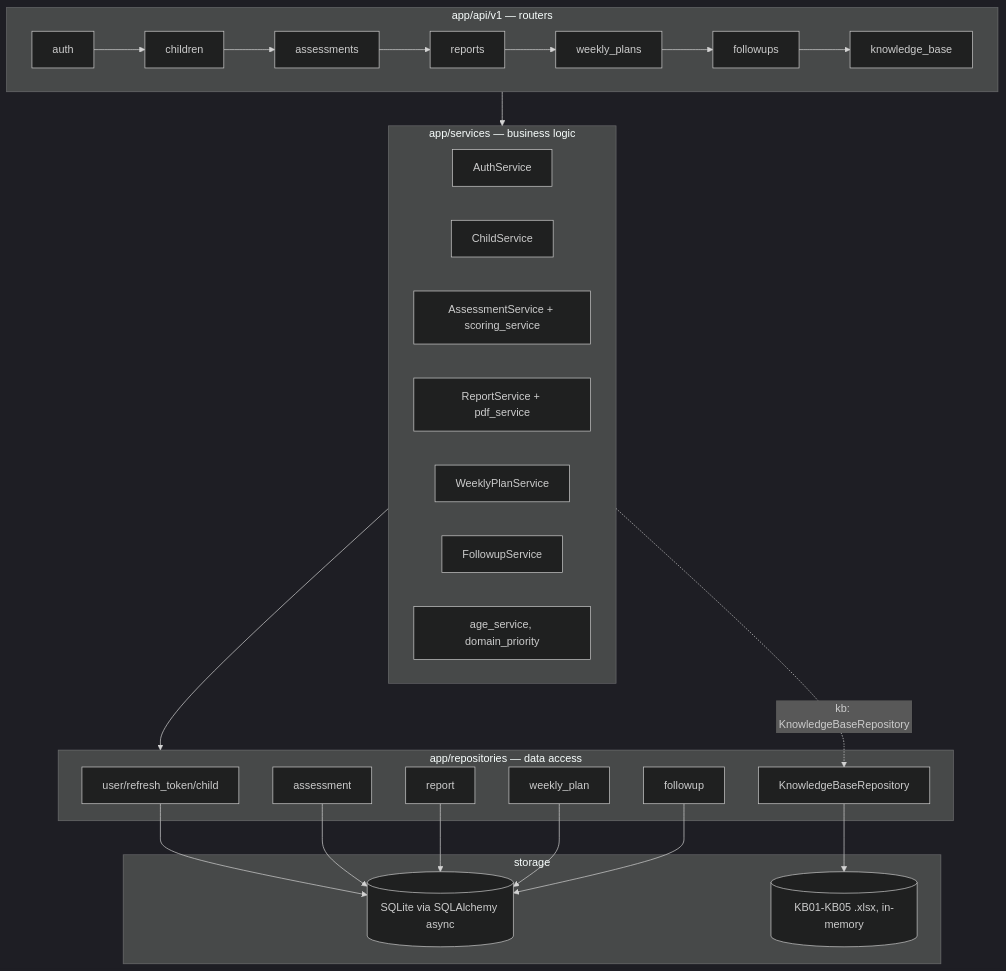
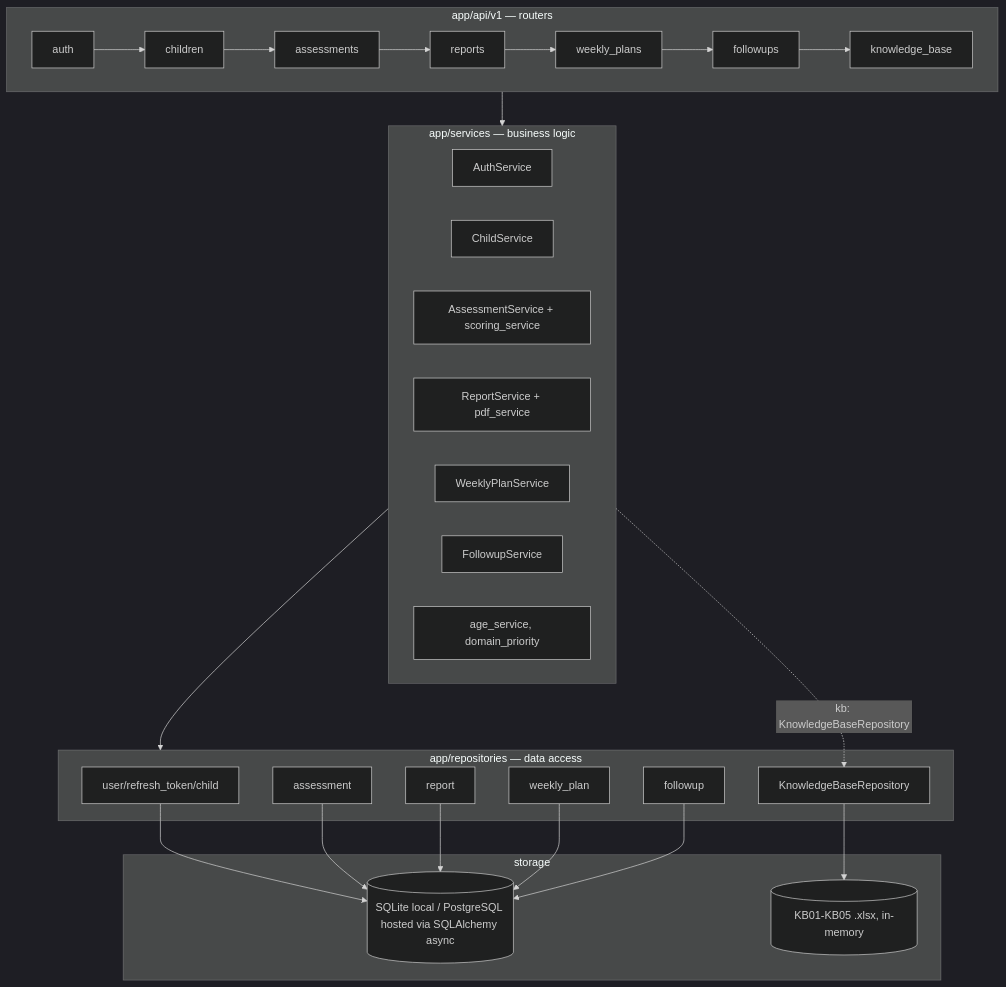
The second of 7 diagrams in docs/ARCHITECTURE.md (ghaidaAlhady/language-Delay), drawn with Mermaid (dark theme) before and after one commit. The commit also changed other lines of this file and 96 other files, not shown here.

````diff
--- a/docs/ARCHITECTURE.md
+++ b/docs/ARCHITECTURE.md
@@ -24,32 +24,32 @@
 ```mermaid
 graph TD
     subgraph API["app/api/v1 — routers"]
         R1[auth] --> R2[children] --> R3[assessments] --> R4[reports] --> R5[weekly_plans] --> R6[followups] --> R7[knowledge_base]
     end
     subgraph SVC["app/services — business logic"]
         S1[AuthService]
         S2[ChildService]
         S3[AssessmentService + scoring_service]
         S4[ReportService + pdf_service]
         S5[WeeklyPlanService]
         S6[FollowupService]
         S7[age_service, domain_priority]
     end
     subgraph REPO["app/repositories — data access"]
         RP1[user/refresh_token/child]
         RP2[assessment]
         RP3[report]
         RP4[weekly_plan]
         RP5[followup]
         RP6[KnowledgeBaseRepository]
     end
     subgraph DATA["storage"]
-        DB[(SQLite via SQLAlchemy async)]
+        DB[(SQLite local / PostgreSQL hosted via SQLAlchemy async)]
         KB[(KB01-KB05 .xlsx, in-memory)]
     end
 
     API --> SVC --> REPO
     RP1 & RP2 & RP3 & RP4 & RP5 --> DB
     RP6 --> KB
     SVC -.->|kb: KnowledgeBaseRepository| RP6
 ```
````
